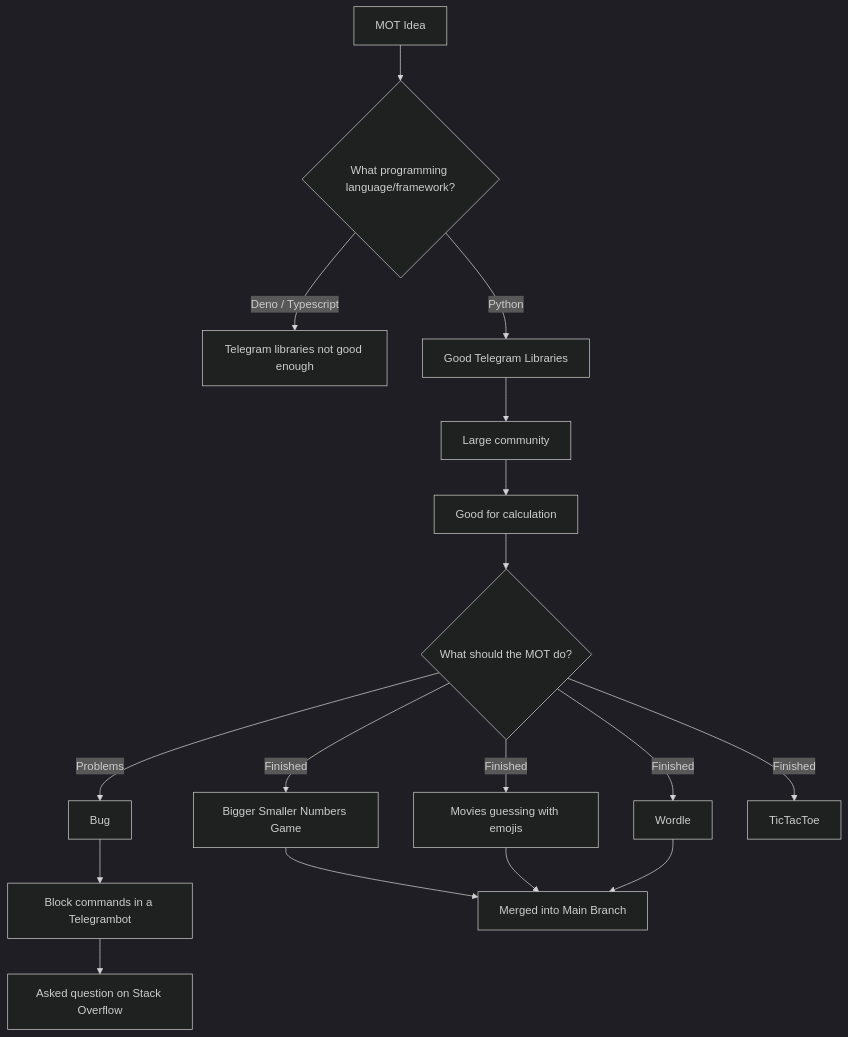
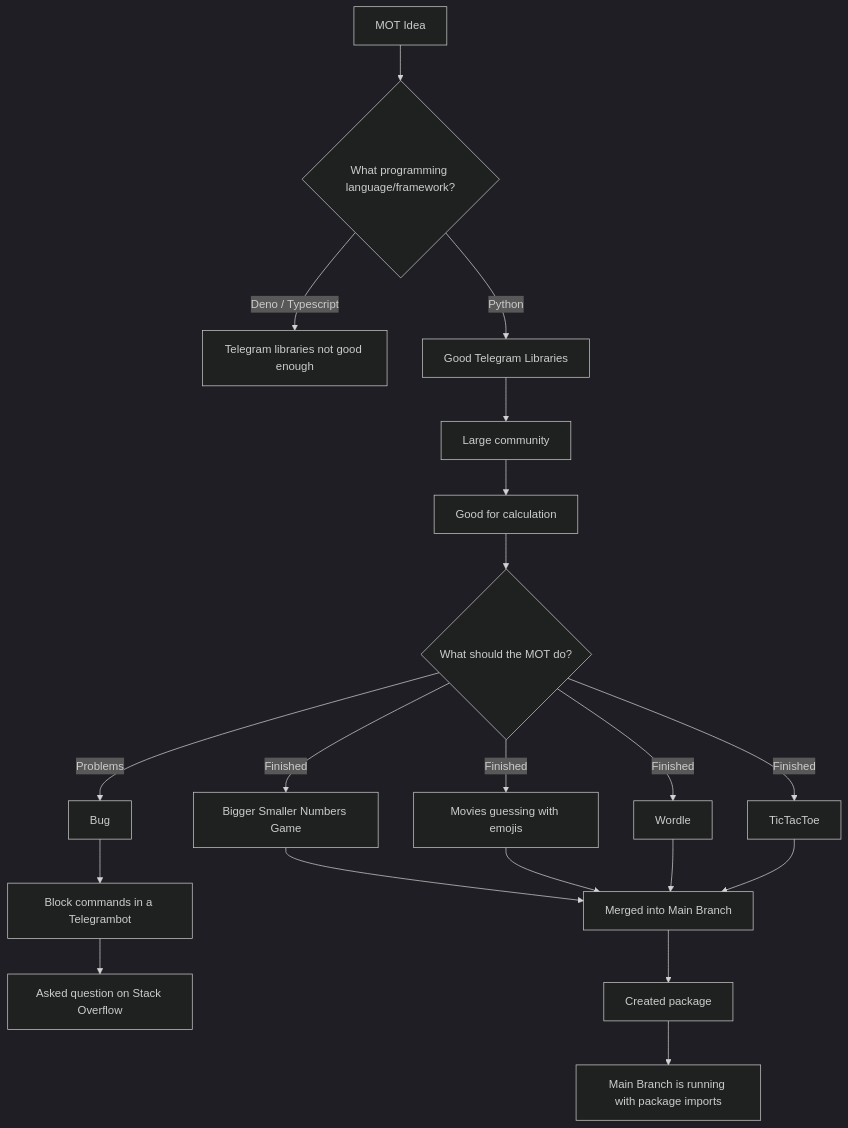
Before and after one commit to MOT-Multi-Functional-Bot/MOT-Multi-Functional-Bot: the diagram in README.md, drawn with Mermaid (dark theme). The commit also changed other lines of this file, not shown here.

````diff
--- a/README.md
+++ b/README.md
@@ -97,22 +97,25 @@
 ```mermaid
 
  flowchart TD
     A[MOT Idea] --> B{What programming language/framework?};
     B -- Deno / Typescript --> C[Telegram libraries not good enough];
     B -- Python --> D[Good Telegram Libraries];
     D --> E[Large community];
     E --> F[Good for calculation ];
     F --> G{What should the MOT do?};
     G -- Problems --> H[Bug];
     H --> I[Block commands in a Telegrambot];
     I --> J[Asked question on Stack Overflow];
     G -- Finished --> K[Bigger Smaller Numbers Game];
     G -- Finished --> L[Movies guessing with emojis];
     G -- Finished --> M[Wordle];
     G -- Finished --> N[TicTacToe];
     K --> O[Merged into Main Branch];
     L --> O;
     M --> O;
+    N --> O;
+    O --> P[Created package];
+    P --> Q[Main Branch is running with package imports];
 
 
 ```
````
